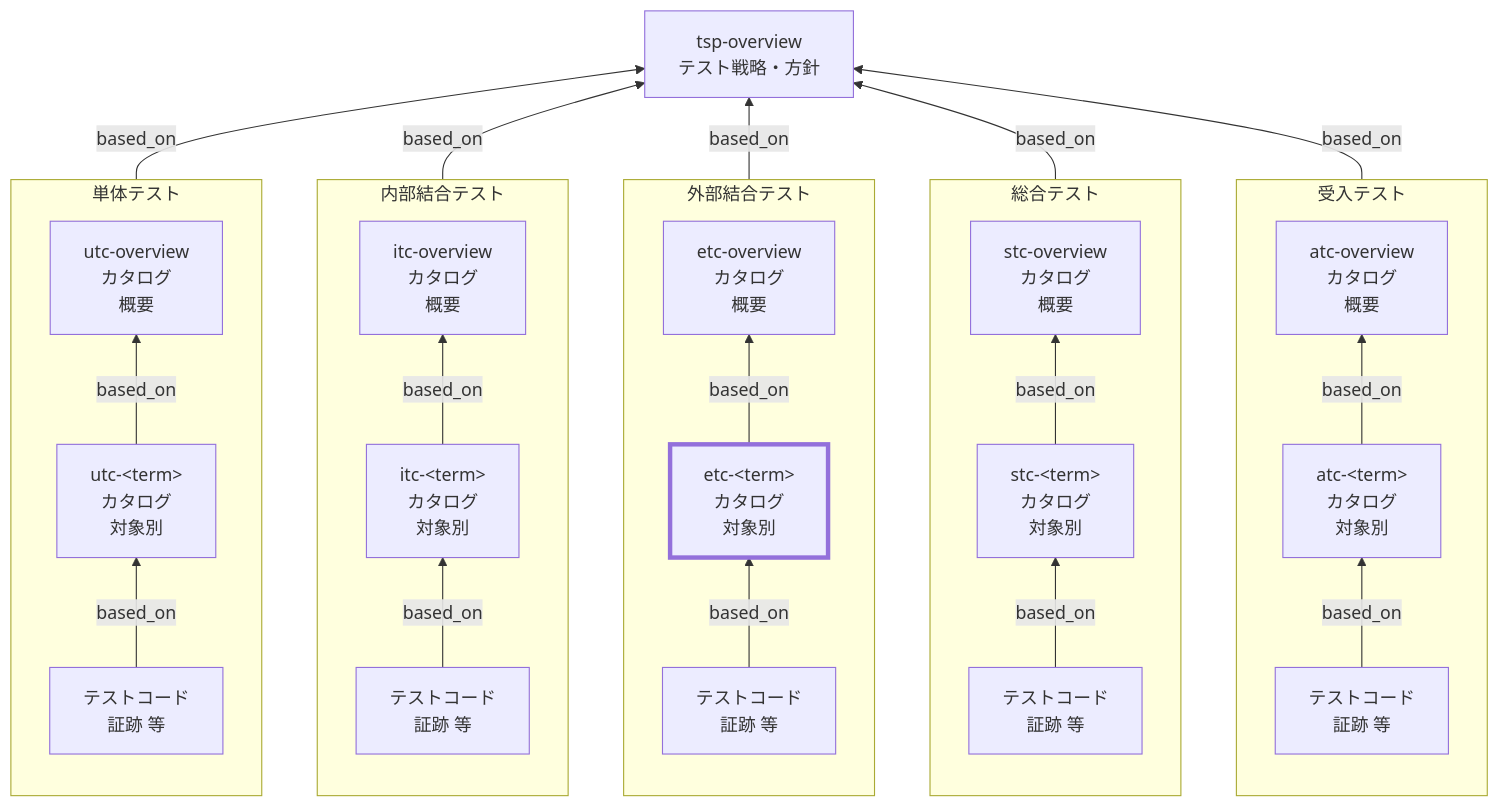
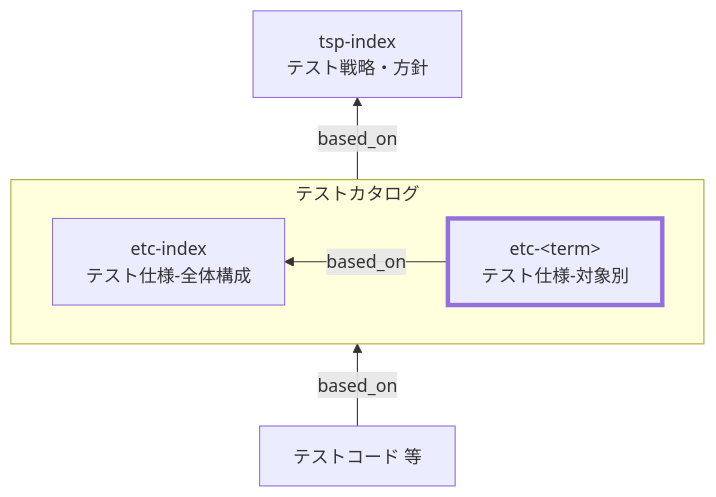
Before and after one commit to specdojo/spec-dojo-handbook: the diagram in docs/ja/handbook/rules/etc-rules.md, drawn with Mermaid. The commit also changed other lines of this file and 4 other files, not shown here.

Commit message:
docs(update): 対象別の図とoverview->indexの変更

````diff
--- a/docs/ja/handbook/rules/etc-rules.md
+++ b/docs/ja/handbook/rules/etc-rules.md
@@ -29,53 +29,20 @@
 ```mermaid
 flowchart BT
-  TSP["tsp-overview<br>テスト戦略・方針"]
+  TSP["tsp-index<br>テスト戦略・方針"]
 
-  subgraph UT["単体テスト"]
-  direction BT
-    UTCOverview["utc-overview<br>カタログ<br>概要"]
-    UTC["utc-&lt;term&gt;<br>カタログ<br>対象別"]
-    UTImpl["テストコード<br>証跡 等"]
-    UTImpl -->|based_on| UTC -->|based_on| UTCOverview
+  subgraph TC["テストカタログ"]
+  direction RL
+    TCIndex["etc-index<br>テスト仕様-全体構成"]
+    TCDetail["etc-&lt;term&gt;<br>テスト仕様-対象別"]
+    TCDetail -->|based_on| TCIndex
   end
 
-  subgraph IT["内部結合テスト"]
-  direction BT
-    ITCOverview["itc-overview<br>カタログ<br>概要"]
-    ITC["itc-&lt;term&gt;<br>カタログ<br>対象別"]
-    ITImpl["テストコード<br>証跡 等"]
-    ITImpl -->|based_on| ITC -->|based_on| ITCOverview
-  end
+  Code["テストコード 等"]
 
-  subgraph ET["外部結合テスト"]
-  direction BT
-    ETCOverview["etc-overview<br>カタログ<br>概要"]
-    ETC["etc-&lt;term&gt;<br>カタログ<br>対象別"]
-    ETImpl["テストコード<br>証跡 等"]
-    ETImpl -->|based_on| ETC -->|based_on| ETCOverview
-  end
+  TC -->|based_on| TSP
+  Code -->|based_on| TC
 
-  subgraph ST["総合テスト"]
-  direction BT
-    STOverview["stc-overview<br>カタログ<br>概要"]
-    STC["stc-&lt;term&gt;<br>カタログ<br>対象別"]
-    STImpl["テストコード<br>証跡 等"]
-    STImpl -->|based_on| STC -->|based_on| STOverview
-  end
-
-  subgraph AT["受入テスト"]
-  direction BT
-    ATOverview["atc-overview<br>カタログ<br>概要"]
-    ATC["atc-&lt;term&gt;<br>カタログ<br>対象別"]
-    ATImpl["テストコード<br>証跡 等"]
-    ATImpl -->|based_on| ATC -->|based_on| ATOverview
-  end
-
-  UT -->|based_on| TSP
-  IT -->|based_on| TSP
-  ET -->|based_on| TSP
-  ST -->|based_on| TSP
-  AT -->|based_on| TSP
 
   classDef target stroke-width:4px
-  class ETC target
+  class TCDetail target
 ```
````
